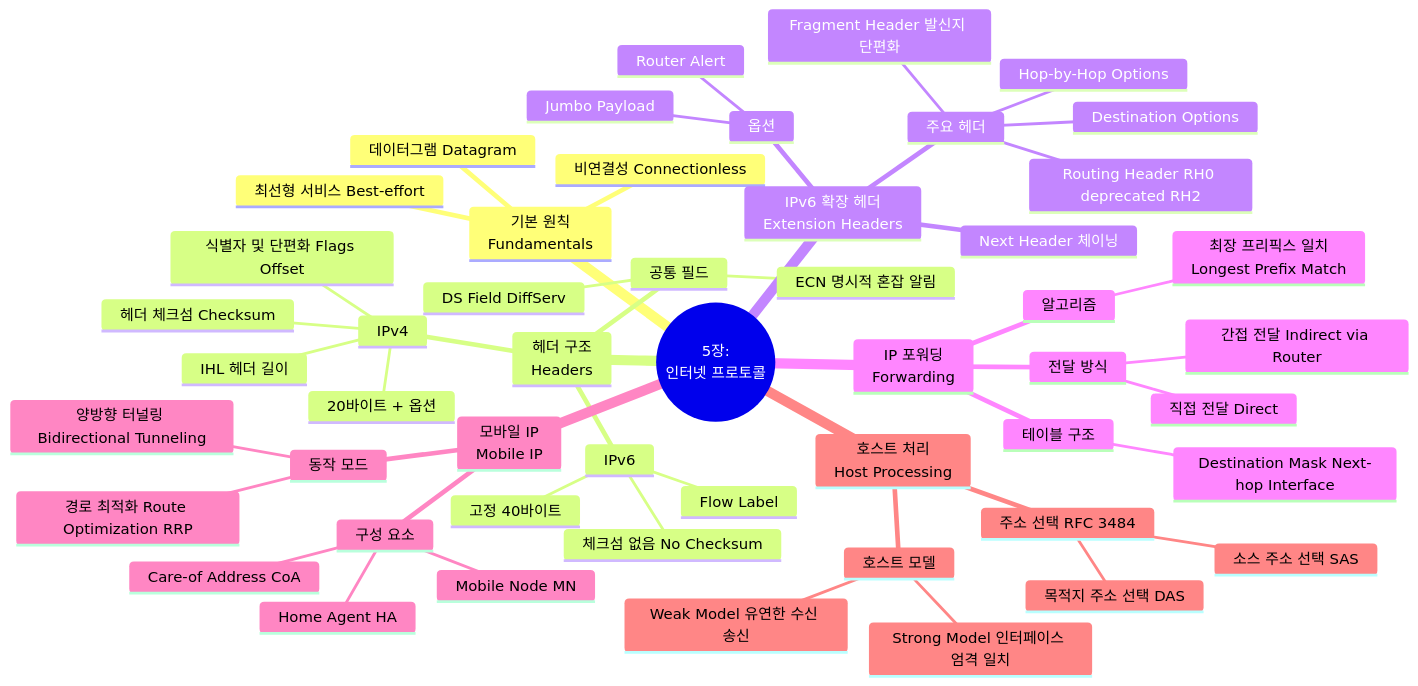
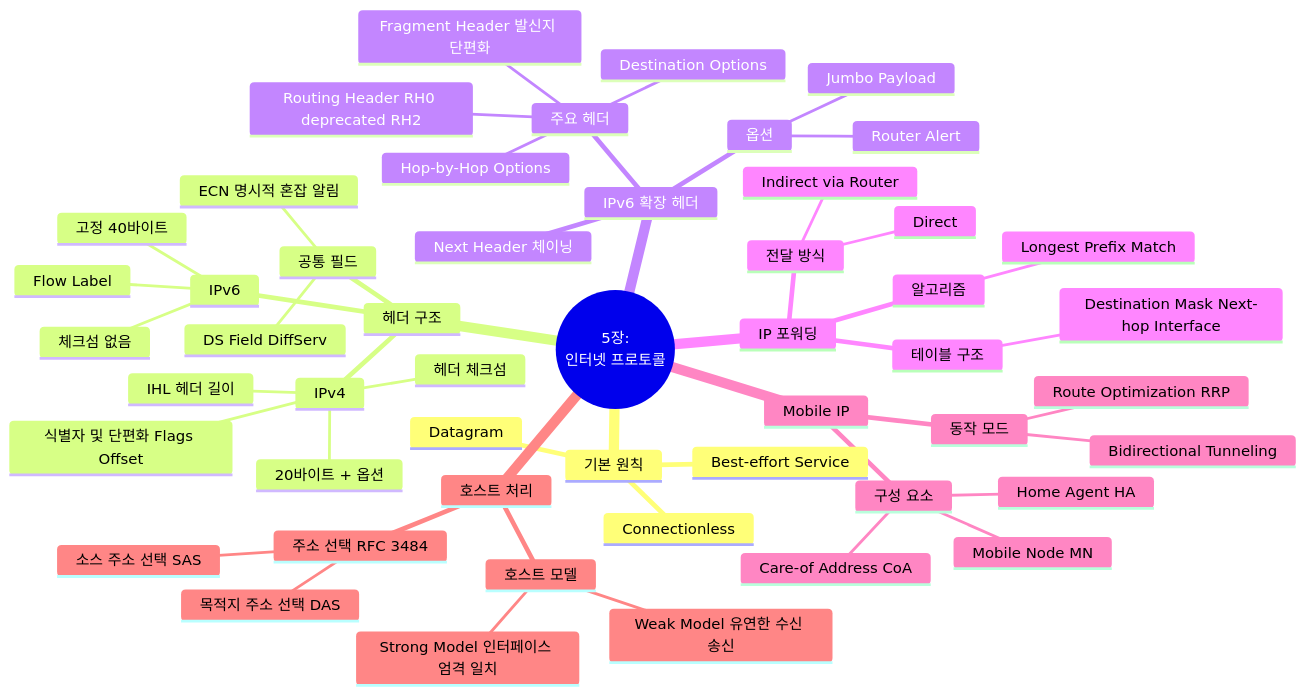
One commit to youngmin-gwon/what-i-studied changed the diagram in 01_inbox/books/tcp_ip_illustrated_1/chapter5.md. Above: the diagram before and after it, drawn with Mermaid. The commit also changed other lines of this file and 4 other files, not shown here.

````diff
--- a/01_inbox/books/tcp_ip_illustrated_1/chapter5.md
+++ b/01_inbox/books/tcp_ip_illustrated_1/chapter5.md
@@ -15,54 +15,54 @@
 ```mermaid
 mindmap
   root((5장:<br>인터넷 프로토콜))
-    기본 원칙<br>Fundamentals
-      최선형 서비스 Best-effort
-      비연결성 Connectionless
-      데이터그램 Datagram
-    헤더 구조<br>Headers
+    기본 원칙
+      Best-effort Service
+      Connectionless
+      Datagram
+    헤더 구조
       IPv4
         20바이트 + 옵션
         IHL 헤더 길이
         식별자 및 단편화 Flags Offset
-        헤더 체크섬 Checksum
+        헤더 체크섬
       IPv6
         고정 40바이트
-        체크섬 없음 No Checksum
+        체크섬 없음
         Flow Label
       공통 필드
         DS Field DiffServ
         ECN 명시적 혼잡 알림
-    IPv6 확장 헤더<br>Extension Headers
+    IPv6 확장 헤더
       Next Header 체이닝
       주요 헤더
         Hop-by-Hop Options
         Routing Header RH0 deprecated RH2
         Fragment Header 발신지 단편화
         Destination Options
       옵션
         Jumbo Payload
         Router Alert
-    IP 포워딩<br>Forwarding
+    IP 포워딩
       전달 방식
-        직접 전달 Direct
-        간접 전달 Indirect via Router
+        Direct
+        Indirect via Router
       테이블 구조
         Destination Mask Next-hop Interface
       알고리즘
-        최장 프리픽스 일치<br>Longest Prefix Match
-    모바일 IP<br>Mobile IP
+        Longest Prefix Match
+    Mobile IP
       구성 요소
         Mobile Node MN
         Home Agent HA
         Care-of Address CoA
       동작 모드
-        양방향 터널링 Bidirectional Tunneling
-        경로 최적화 Route Optimization RRP
-    호스트 처리<br>Host Processing
+        Bidirectional Tunneling
+        Route Optimization RRP
+    호스트 처리
       호스트 모델
         Strong Model 인터페이스 엄격 일치
         Weak Model 유연한 수신 송신
       주소 선택 RFC 3484
         소스 주소 선택 SAS
         목적지 주소 선택 DAS
 ```
````
